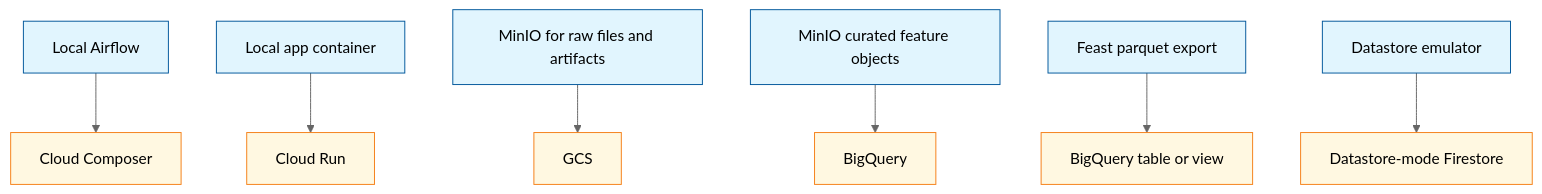
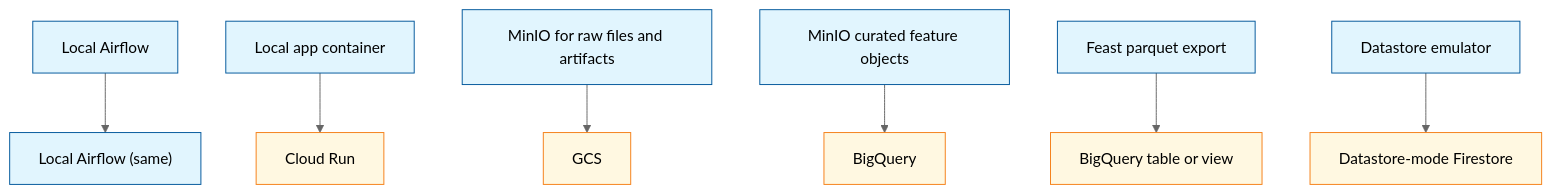
One commit to javihslu/foehncast changed the third of 4 diagrams in docs/site/system/cloud-mapping.md. Above: the diagram before and after it, drawn with Mermaid (neutral theme). The commit also changed other lines of this file and 6 other files, not shown here.

```diff
--- a/docs/site/system/cloud-mapping.md
+++ b/docs/site/system/cloud-mapping.md
@@ -165,12 +164,12 @@
 <div class="mermaid">
 flowchart TD
     classDef local fill:#e1f5fe,stroke:#01579b
     classDef cloud fill:#fff8e1,stroke:#f57f17
 
-    L1["Local Airflow"]:::local --> C1["Cloud Composer"]:::cloud
+    L1["Local Airflow"]:::local --> C1["Local Airflow (same)"]:::local
     L2["Local app container"]:::local --> C2["Cloud Run"]:::cloud
     L3["MinIO for raw files and artifacts"]:::local --> C3["GCS"]:::cloud
     L4["MinIO curated feature objects"]:::local --> C4["BigQuery"]:::cloud
     L5["Feast parquet export"]:::local --> C5["BigQuery table or view"]:::cloud
     L6["Datastore emulator"]:::local --> C6["Datastore-mode Firestore"]:::cloud
 </div>
```
